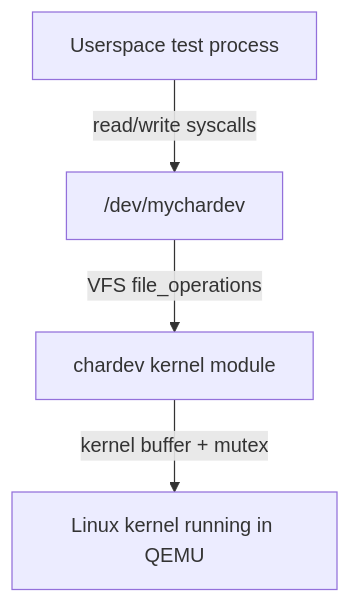
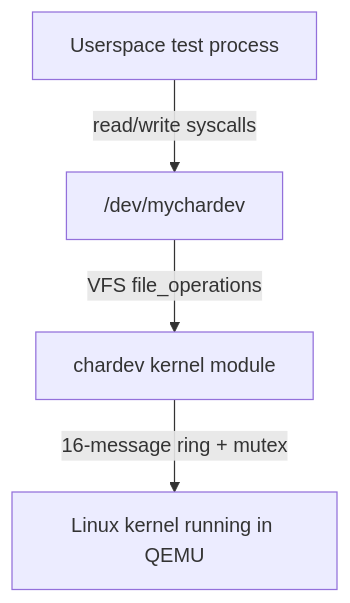
Before and after one commit to nhatminh06/linux-kernel-lab: the first of 2 diagrams in README.md, drawn with Mermaid. The commit also changed other lines of this file and 3 other files, not shown here.

````diff
--- a/README.md
+++ b/README.md
@@ -29,6 +29,6 @@
 ```mermaid
 flowchart TD
     A[Userspace test process] -->|read/write syscalls| B["/dev/mychardev"]
     B -->|VFS file_operations| C[chardev kernel module]
-    C -->|kernel buffer + mutex| D[Linux kernel running in QEMU]
+    C -->|16-message ring + mutex| D[Linux kernel running in QEMU]
 ```
````
